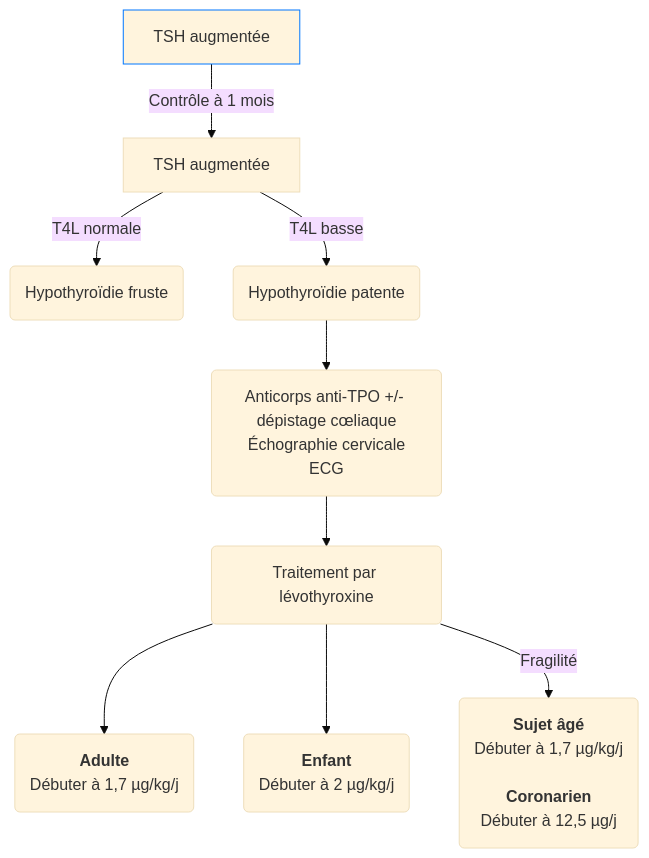
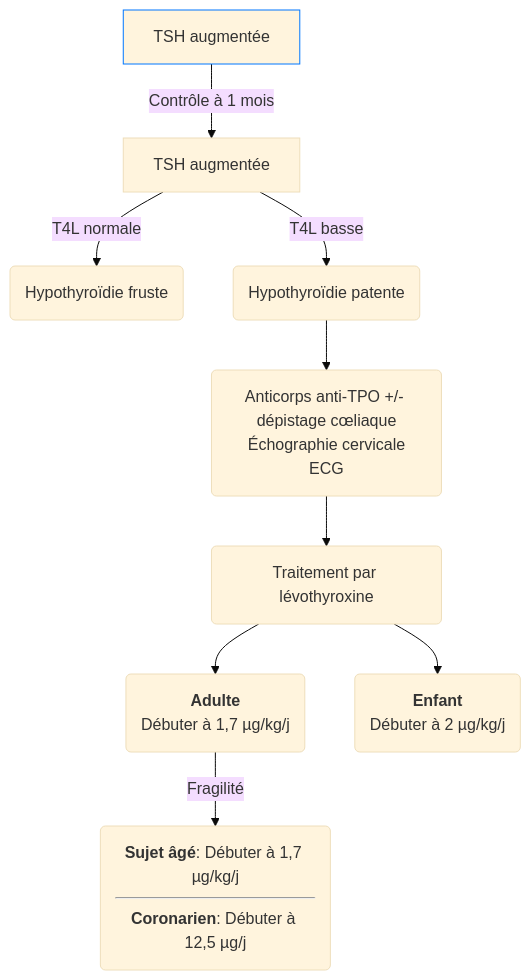
One commit to djibe/recommandations-medicales changed the diagram in content/recommandations/hypothyroidie.md. Above: the diagram before and after it, drawn with Mermaid (base theme). The commit also changed other lines of this file and 10 other files, not shown here.

```diff
--- a/content/recommandations/hypothyroidie.md
+++ b/content/recommandations/hypothyroidie.md
@@ -263,12 +263,12 @@
 {{< mermaid >}}
 graph TB
   decouverte["TSH augmentée"] --"Contrôle à 1 mois"--> TSH["TSH augmentée"]
   style decouverte stroke:#0077ff, stroke-width:1px
     TSH --"T4L normale"--> hTFruste("Hypothyroïdie fruste")
     TSH --"T4L basse"--> hT("Hypothyroïdie patente")
       hT --> bilan("Anticorps anti-TPO +/- dépistage cœliaque<br>Échographie cervicale<br>ECG")
         bilan --> traitement("Traitement par lévothyroxine")
           traitement --> adulte("<b>Adulte</b><br>Débuter à 1,7 µg/kg/j")
+            adulte --"Fragilité"--> fragile("<b>Sujet âgé</b>: Débuter à 1,7 µg/kg/j<hr><b>Coronarien</b>: Débuter à 12,5 µg/j")
           traitement --> enfant("<b>Enfant</b><br>Débuter à 2 µg/kg/j")
-          traitement --"Fragilité"--> fragile("<b>Sujet âgé</b><br>Débuter à 1,7 µg/kg/j<br><br><b>Coronarien</b><br>Débuter à 12,5 µg/j")
 {{< /mermaid >}}
```
